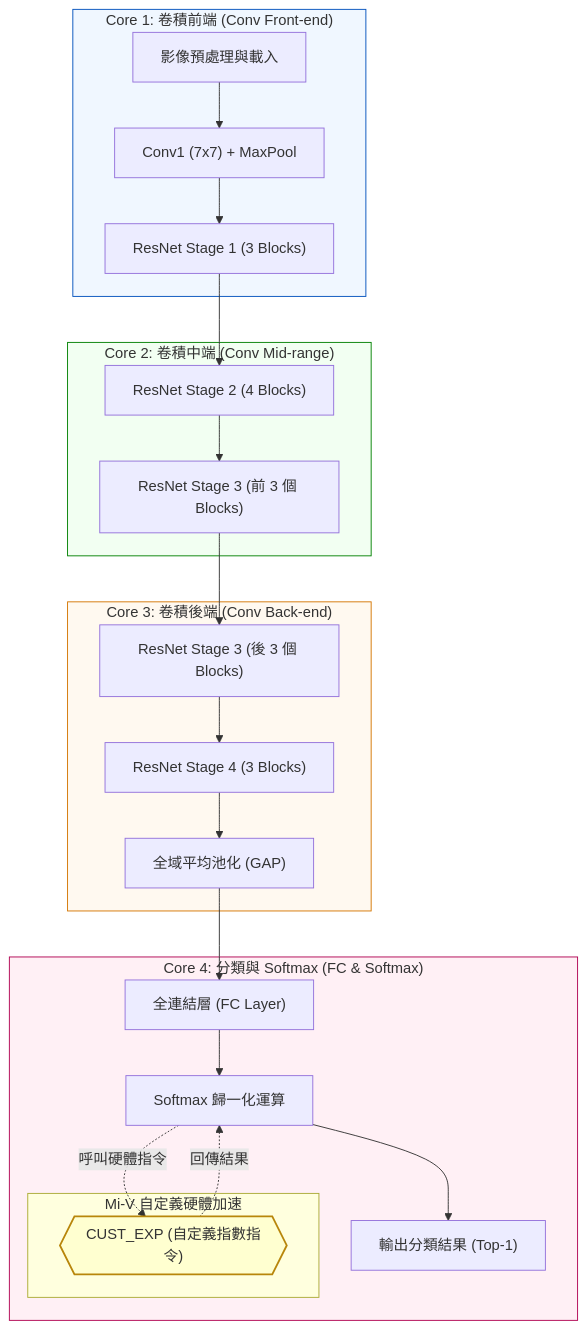
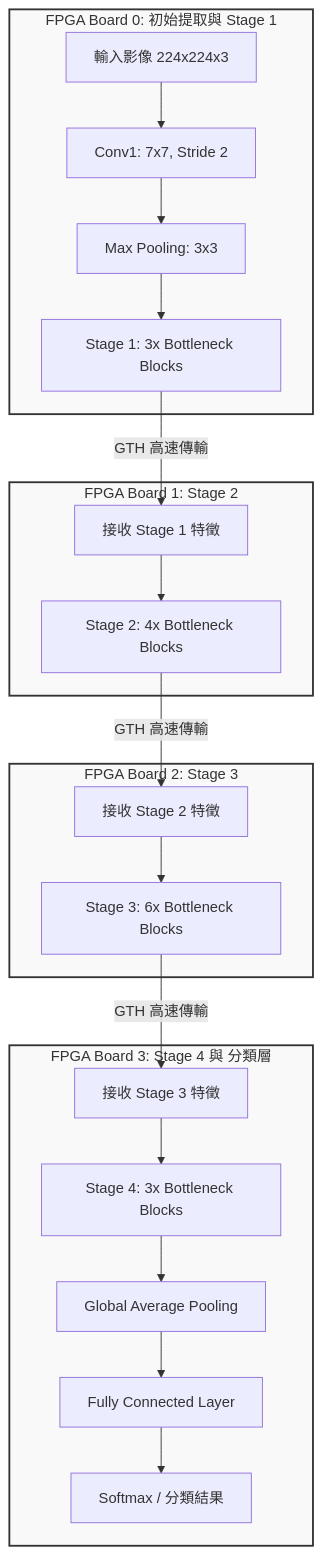
One commit to weifoe/vitis changed the first of 34 diagrams in Car.md. Above: the diagram before and after it, drawn with Mermaid. The commit also changed other lines of this file, not shown here.

````diff
--- a/Car.md
+++ b/Car.md
@@ -1,46 +1,38 @@
 ```mermaid
 graph TD
-    %% 核心 1 任務：卷積前端
-    subgraph Core1 ["Core 1: 卷積前端 (Conv Front-end)"]
-        A1["影像預處理與載入"] --> A2["Conv1 (7x7) + MaxPool"]
-        A2 --> A3["ResNet Stage 1 (3 Blocks)"]
+    subgraph Board0 [FPGA Board 0: 初始提取與 Stage 1]
+        A[輸入影像 224x224x3] --> B[Conv1: 7x7, Stride 2]
+        B --> C[Max Pooling: 3x3]
+        C --> D[Stage 1: 3x Bottleneck Blocks]
     end
 
-    %% 核心 2 任務：卷積中端
-    subgraph Core2 ["Core 2: 卷積中端 (Conv Mid-range)"]
-        A3 --> B1["ResNet Stage 2 (4 Blocks)"]
-        B1 --> B2["ResNet Stage 3 (前 3 個 Blocks)"]
+    D -- "GTH 高速傳輸" --> E
+
+    subgraph Board1 [FPGA Board 1: Stage 2]
+        E[接收 Stage 1 特徵] --> F[Stage 2: 4x Bottleneck Blocks]
     end
 
-    %% 核心 3 任務：卷積後端
-    subgraph Core3 ["Core 3: 卷積後端 (Conv Back-end)"]
-        B2 --> C1["ResNet Stage 3 (後 3 個 Blocks)"]
-        C1 --> C2["ResNet Stage 4 (3 Blocks)"]
-        C2 --> C3["全域平均池化 (GAP)"]
+    F -- "GTH 高速傳輸" --> G
+
+    subgraph Board2 [FPGA Board 2: Stage 3]
+        G[接收 Stage 2 特徵] --> H[Stage 3: 6x Bottleneck Blocks]
     end
 
-    %% 核心 4 任務：分類輸出
-    subgraph Core4 ["Core 4: 分類與 Softmax (FC & Softmax)"]
-        C3 --> D1["全連結層 (FC Layer)"]
-        D1 --> D2["Softmax 歸一化運算"]
-        
-        %% 自定義指令加速區塊
-        subgraph MI_V_Custom ["Mi-V 自定義硬體加速"]
-            E1{{"CUST_EXP (自定義指數指令)"}}
-        end
-        
-        D2 -.->|呼叫硬體指令| E1
-        E1 -.->|回傳結果| D2
-        
-        D2 --> F1["輸出分類結果 (Top-1)"]
+    H -- "GTH 高速傳輸" --> I
+
+    subgraph Board3 [FPGA Board 3: Stage 4 與 分類層]
+        I[接收 Stage 3 特徵] --> J[Stage 4: 3x Bottleneck Blocks]
+        J --> K[Global Average Pooling]
+        K --> L[Fully Connected Layer]
+        L --> M[Softmax / 分類結果]
     end
 
-    %% 樣式美化
-    style Core1 fill:#f0f7ff,stroke:#0050bc
-    style Core2 fill:#f2fff2,stroke:#008000
-    style Core3 fill:#fff9f0,stroke:#d47500
-    style Core4 fill:#fff0f5,stroke:#b00050
-    style E1 fill:#ffffd0,stroke:#b8860b,stroke-width:2px
+    %% 樣式設定
+    style Board0 fill:#f9f9f9,stroke:#333,stroke-width:2px
+    style Board1 fill:#f9f9f9,stroke:#333,stroke-width:2px
+    style Board2 fill:#f9f9f9,stroke:#333,stroke-width:2px
+    style Board3 fill:#f9f9f9,stroke:#333,stroke-width:2px
+
 
 
 ```
````
